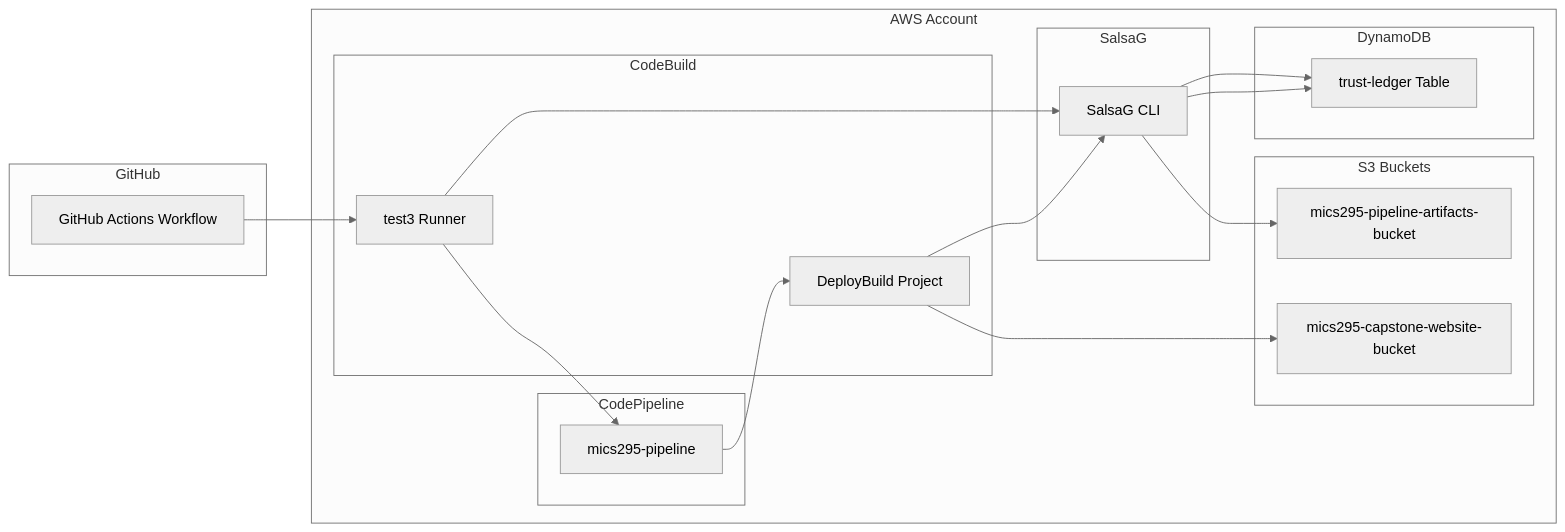
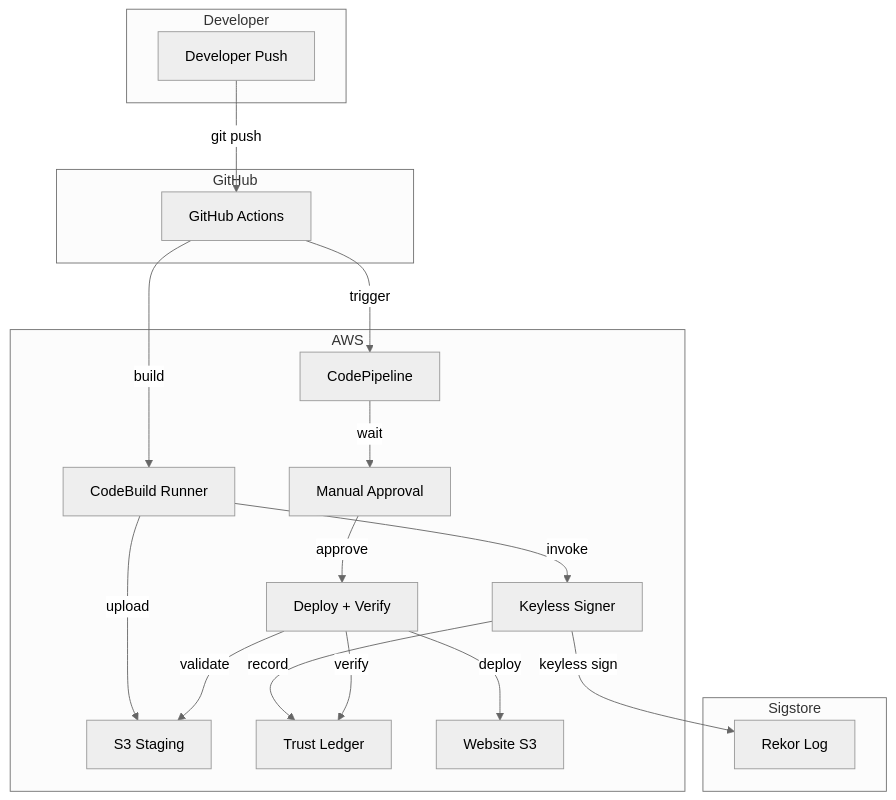
One commit to tanishk97/MICS295Capstone changed the diagram in README.md. Above: the diagram before and after it, drawn with Mermaid (neutral theme). The commit also changed other lines of this file and 10 other files, not shown here.

Commit message:
Clean up documentation: Remove outdated files, update README and E2E test docs for keyless signing

````diff
--- a/README.md
+++ b/README.md
@@ -63,40 +18,38 @@
 ```mermaid
-graph LR
-    subgraph "GitHub"
-        GHA[GitHub Actions Workflow]
+graph TB
+    subgraph "Developer"
+        DEV[Developer Push]
     end
     
-    subgraph "AWS Account"
-        subgraph "CodeBuild"
-            CBR[test3 Runner]
-            CBD[DeployBuild Project]
-        end
-        
-        subgraph "S3 Buckets"
-            S3S[mics295-pipeline-artifacts-bucket]
-            S3W[mics295-capstone-website-bucket]
-        end
-        
-        subgraph "DynamoDB"
-            DB[trust-ledger Table]
-        end
-        
-        subgraph "CodePipeline"
-            CP[mics295-pipeline]
-        end
-        
-        subgraph "SalsaG"
-            SG[SalsaG CLI]
-        end
+    subgraph "GitHub"
+        GHA[GitHub Actions]
     end
-
-    GHA --> CBR
-    CBR --> SG
-    SG --> S3S
-    SG --> DB
-    CBR --> CP
-    CP --> CBD
-    CBD --> SG
-    SG --> DB
-    CBD --> S3W
+    
+    subgraph "AWS"
+        CB1[CodeBuild Runner]
+        CB2[Keyless Signer]
+        S3[S3 Staging]
+        DDB[Trust Ledger]
+        CP[CodePipeline]
+        MA[Manual Approval]
+        CB3[Deploy + Verify]
+        WEB[Website S3]
+    end
+    
+    subgraph "Sigstore"
+        REKOR[Rekor Log]
+    end
+    
+    DEV -->|git push| GHA
+    GHA -->|build| CB1
+    CB1 -->|upload| S3
+    CB1 -->|invoke| CB2
+    CB2 -->|keyless sign| REKOR
+    CB2 -->|record| DDB
+    GHA -->|trigger| CP
+    CP -->|wait| MA
+    MA -->|approve| CB3
+    CB3 -->|verify| DDB
+    CB3 -->|validate| S3
+    CB3 -->|deploy| WEB
 ```
````
